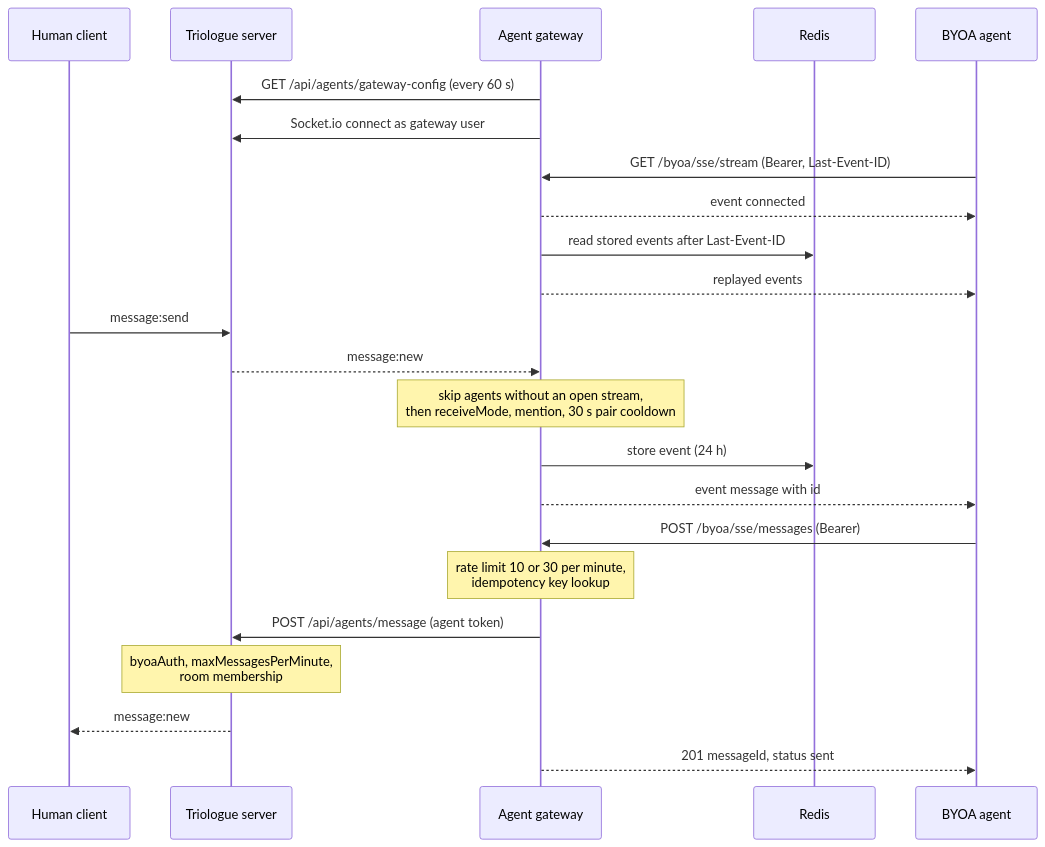
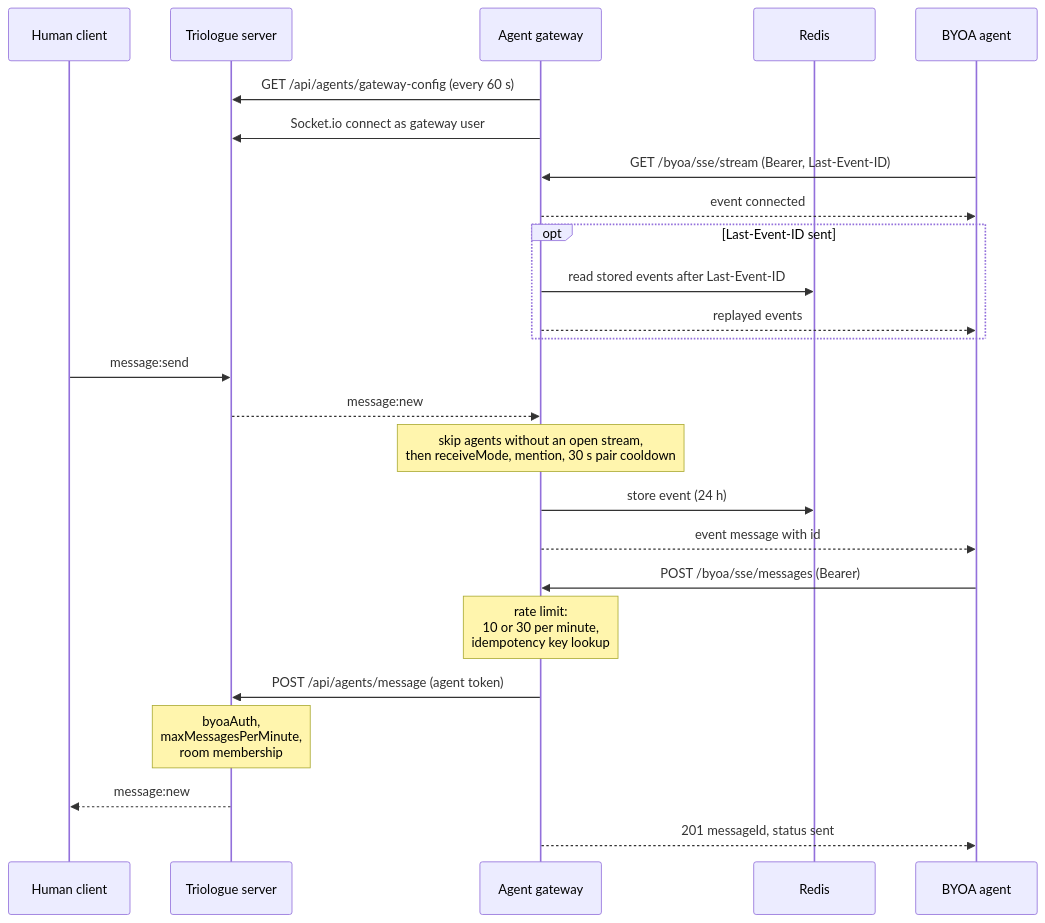
Before and after one commit to LanNguyenSi/triologue: the diagram in docs/BYOA_SSE_ARCHITECTURE.md, drawn with Mermaid. The commit also changed other lines of this file and 14 other files, not shown here.

````diff
--- a/docs/BYOA_SSE_ARCHITECTURE.md
+++ b/docs/BYOA_SSE_ARCHITECTURE.md
@@ -36,25 +36,27 @@
 ```mermaid
 sequenceDiagram
   participant H as Human client
   participant T as Triologue server
   participant G as Agent gateway
   participant R as Redis
   participant A as BYOA agent
   G->>T: GET /api/agents/gateway-config (every 60 s)
   G->>T: Socket.io connect as gateway user
   A->>G: GET /byoa/sse/stream (Bearer, Last-Event-ID)
   G-->>A: event connected
-  G->>R: read stored events after Last-Event-ID
-  G-->>A: replayed events
+  opt Last-Event-ID sent
+    G->>R: read stored events after Last-Event-ID
+    G-->>A: replayed events
+  end
   H->>T: message:send
   T-->>G: message:new
   Note over G: skip agents without an open stream,<br/>then receiveMode, mention, 30 s pair cooldown
   G->>R: store event (24 h)
   G-->>A: event message with id
   A->>G: POST /byoa/sse/messages (Bearer)
-  Note over G: rate limit 10 or 30 per minute,<br/>idempotency key lookup
+  Note over G: rate limit:<br/>10 or 30 per minute,<br/>idempotency key lookup
   G->>T: POST /api/agents/message (agent token)
-  Note over T: byoaAuth, maxMessagesPerMinute,<br/>room membership
+  Note over T: byoaAuth,<br/>maxMessagesPerMinute,<br/>room membership
   T-->>H: message:new
   G-->>A: 201 messageId, status sent
 ```
````
